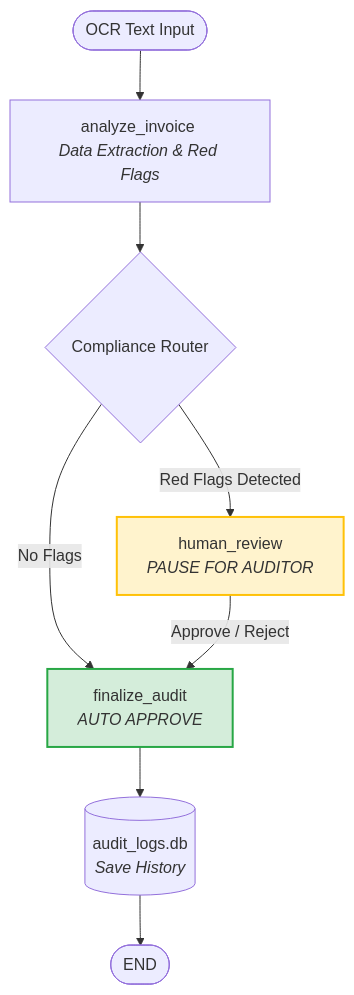
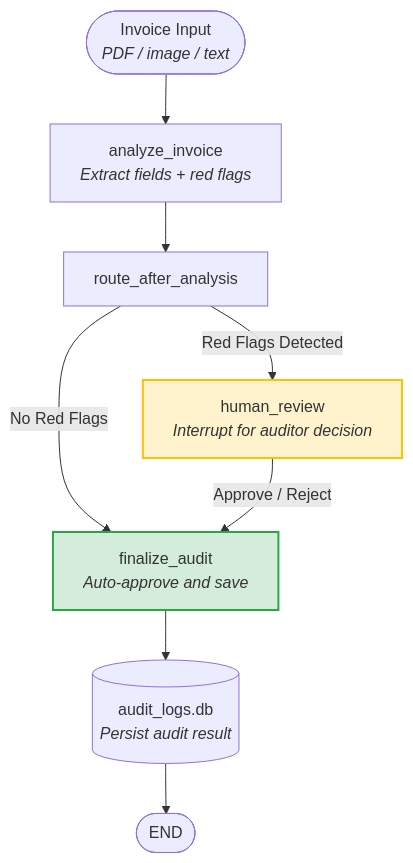
Before and after one commit to esztertolm/ai-expense-compliance: the diagram in README.md, drawn with Mermaid. The commit also changed other lines of this file, not shown here.

````diff
--- a/README.md
+++ b/README.md
@@ -72,13 +84,13 @@
 ```mermaid
 graph TD
-    START([OCR Text Input]) --> A[analyze_invoice <br><i>Data Extraction & Red Flags</i>]
-    A --> B{Compliance Router}
-    B -- No Flags --> D[finalize_audit <br><i>AUTO APPROVE</i>]
-    B -- Red Flags Detected --> C[human_review <br><i>PAUSE FOR AUDITOR</i>]
+    START([Invoice Input<br/><i>PDF / image / text</i>]) --> A[analyze_invoice<br/><i>Extract fields + red flags</i>]
+    A --> R[route_after_analysis]
+    R -- No Red Flags --> D[finalize_audit<br/><i>Auto-approve and save</i>]
+    R -- Red Flags Detected --> C[human_review<br/><i>Interrupt for auditor decision</i>]
     C -- Approve / Reject --> D
-    D --> E[(audit_logs.db <br><i>Save History</i>)]
+    D --> E[(audit_logs.db<br/><i>Persist audit result</i>)]
     E --> END([END])
 
     style C fill:#fff3cd,stroke:#ffc107,stroke-width:2px
     style D fill:#d4edda,stroke:#28a745,stroke-width:2px
 ```
````
